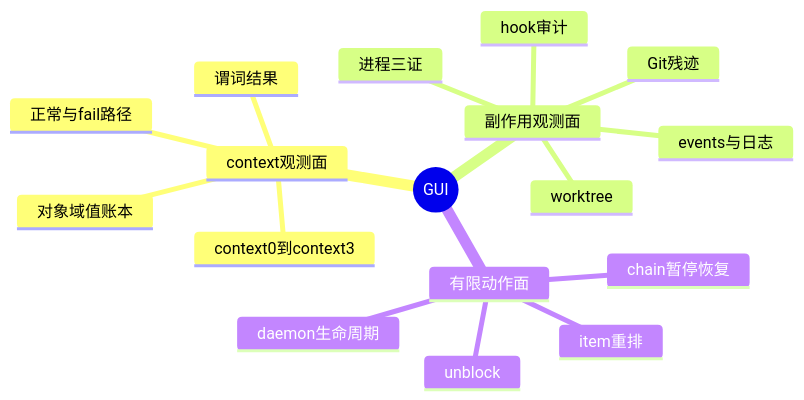
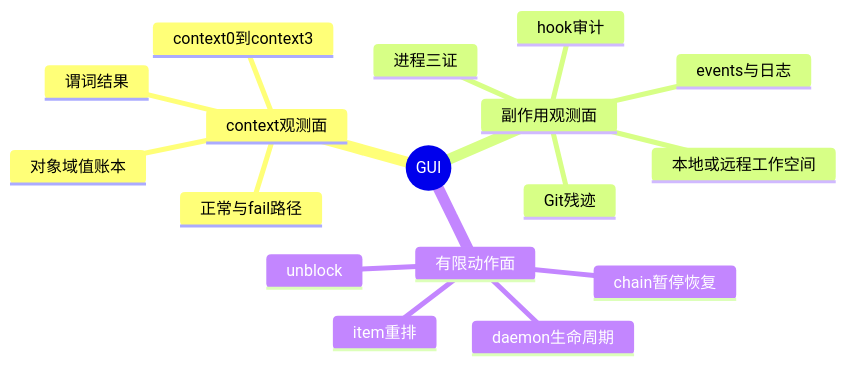
One commit to mouriya-s-lab/coder-loop changed diagram 41 of 46 in v3-issue/B.md. Above: the diagram before and after it, drawn with Mermaid. The commit also changed other lines of this file and 1 other file, not shown here.

````diff
--- a/v3-issue/B.md
+++ b/v3-issue/B.md
@@ -1817,20 +1836,20 @@
 ```mermaid
 mindmap
   root((GUI))
     context观测面
       context0到context3
       谓词结果
       正常与fail路径
       对象域值账本
     副作用观测面
-      worktree
+      本地或远程工作空间
       进程三证
       events与日志
       Git残迹
       hook审计
     有限动作面
       daemon生命周期
       unblock
       chain暂停恢复
       item重排
 ```
````
